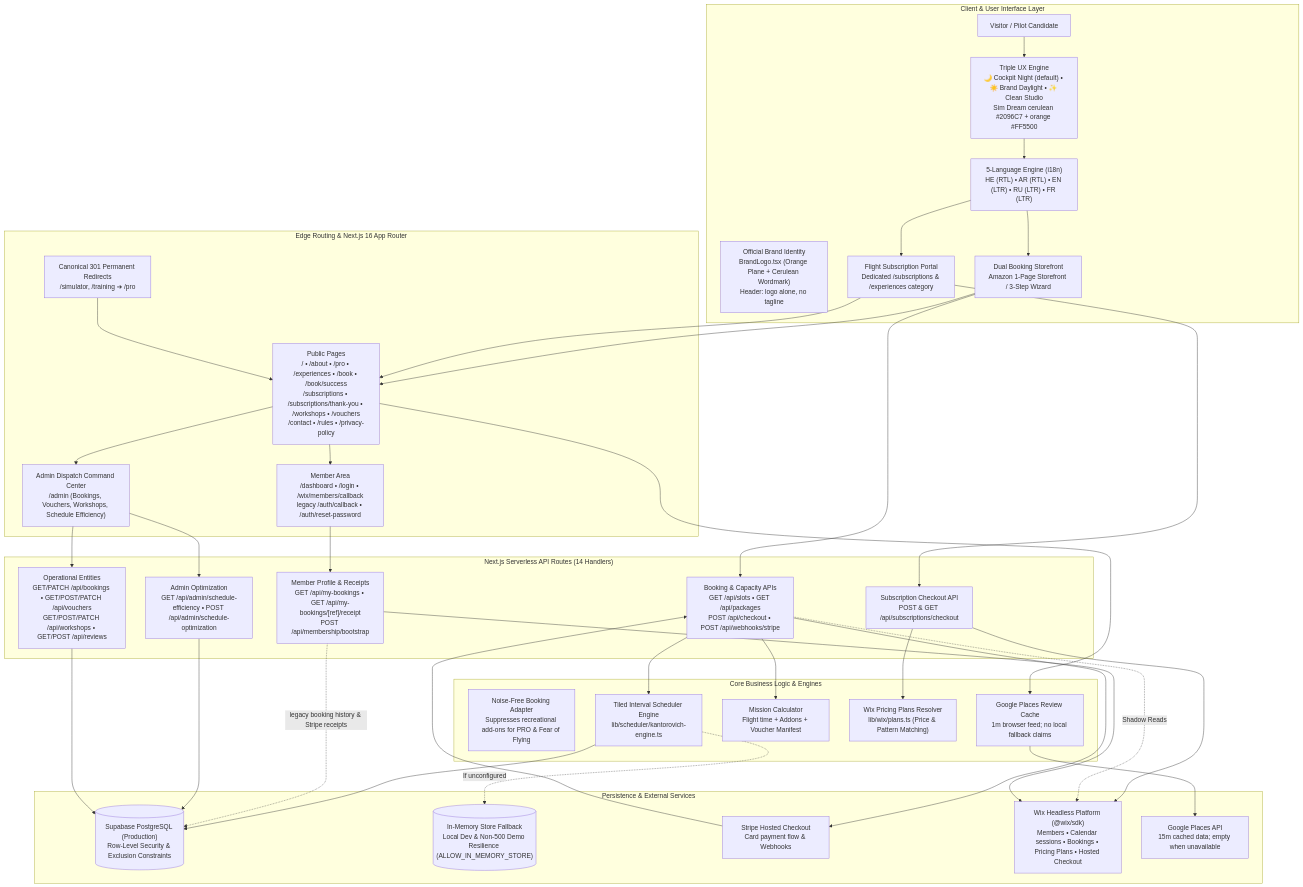
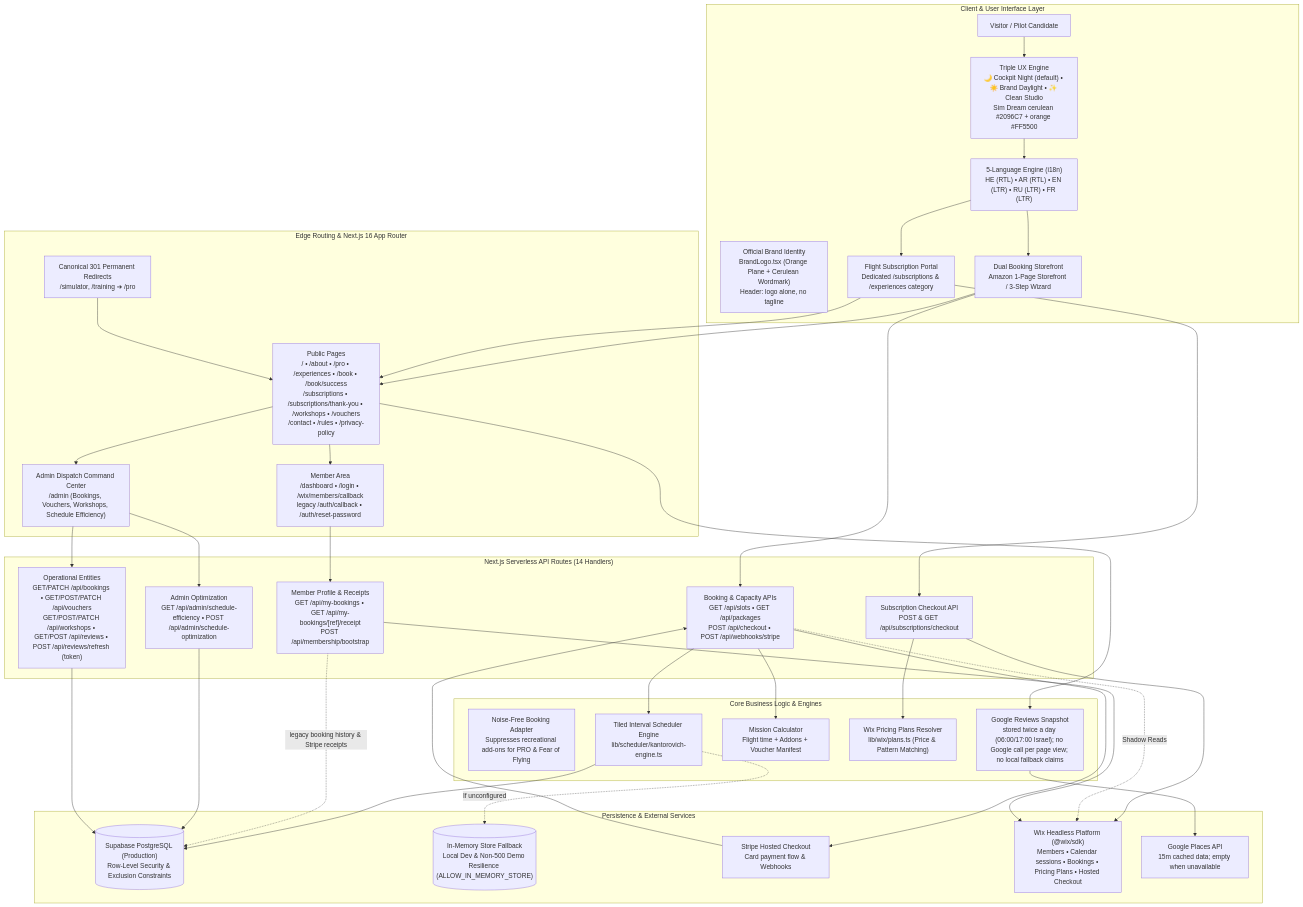
One commit to hatan4ik/simdream-website changed the first of 7 diagrams in ARCHITECTURE.md. Above: the diagram before and after it, drawn with Mermaid. The commit also changed 35 other files, not shown here.

First line of the commit message:
feat(reviews): header-only, newest-first Google reviews from a twice-daily snapshot (#86)

````diff
--- a/ARCHITECTURE.md
+++ b/ARCHITECTURE.md
@@ -9,71 +9,71 @@
 ```mermaid
 flowchart TD
     subgraph ClientLayer["Client & User Interface Layer"]
         User["Visitor / Pilot Candidate"]
         BrandLogoSystem["Official Brand Identity<br/>BrandLogo.tsx (Orange Plane + Cerulean Wordmark)<br/>Header: logo alone, no tagline"]
         ThemeEngine["Triple UX Engine<br/>🌙 Cockpit Night (default) • ☀️ Brand Daylight • ✨ Clean Studio<br/>Sim Dream cerulean #2096C7 + orange #FF5500"]
         I18nEngine["5-Language Engine (i18n)<br/>HE (RTL) • AR (RTL) • EN (LTR) • RU (LTR) • FR (LTR)"]
         StorefrontUI["Dual Booking Storefront<br/>Amazon 1-Page Storefront / 3-Step Wizard"]
         SubPortalUI["Flight Subscription Portal<br/>Dedicated /subscriptions & /experiences category"]
     end
 
     subgraph RoutingLayer["Edge Routing & Next.js 16 App Router"]
         CanonicalRedirects["Canonical 301 Permanent Redirects<br/>/simulator, /training ➔ /pro"]
         PublicPages["Public Pages<br/>/ • /about • /pro • /experiences • /book • /book/success<br/>/subscriptions • /subscriptions/thank-you • /workshops • /vouchers<br/>/contact • /rules • /privacy-policy"]
         MemberPages["Member Area<br/>/dashboard • /login • /wix/members/callback<br/>legacy /auth/callback • /auth/reset-password"]
         AdminPages["Admin Dispatch Command Center<br/>/admin (Bookings, Vouchers, Workshops, Schedule Efficiency)"]
     end
 
     subgraph BusinessLogic["Core Business Logic & Engines"]
         NoiseFreeAdapter["Noise-Free Booking Adapter<br/>Suppresses recreational add-ons for PRO & Fear of Flying"]
         KantorovichEngine["Tiled Interval Scheduler Engine<br/>lib/scheduler/kantorovich-engine.ts"]
         MissionCalc["Mission Calculator<br/>Flight time + Addons + Voucher Manifest"]
         WixPlansResolver["Wix Pricing Plans Resolver<br/>lib/wix/plans.ts (Price & Pattern Matching)"]
-        ReviewsCache["Google Places Review Cache<br/>1m browser feed; no local fallback claims"]
+        ReviewsCache["Google Reviews Snapshot<br/>stored twice a day (06:00/17:00 Israel); no Google call per page view; no local fallback claims"]
     end
 
     subgraph APILayer["Next.js Serverless API Routes (14 Handlers)"]
         BookingAPIs["Booking & Capacity APIs<br/>GET /api/slots • GET /api/packages<br/>POST /api/checkout • POST /api/webhooks/stripe"]
         SubscriptionAPIs["Subscription Checkout API<br/>POST & GET /api/subscriptions/checkout"]
         MemberAPIs["Member Profile & Receipts<br/>GET /api/my-bookings • GET /api/my-bookings/[ref]/receipt<br/>POST /api/membership/bootstrap"]
-        OperationsAPIs["Operational Entities<br/>GET/PATCH /api/bookings • GET/POST/PATCH /api/vouchers<br/>GET/POST/PATCH /api/workshops • GET/POST /api/reviews"]
+        OperationsAPIs["Operational Entities<br/>GET/PATCH /api/bookings • GET/POST/PATCH /api/vouchers<br/>GET/POST/PATCH /api/workshops • GET/POST /api/reviews • POST /api/reviews/refresh (token)"]
         AdminAPIs["Admin Optimization<br/>GET /api/admin/schedule-efficiency • POST /api/admin/schedule-optimization"]
     end
 
     subgraph PersistenceLayer["Persistence & External Services"]
         SupabaseDB[("Supabase PostgreSQL (Production)<br/>Row-Level Security & Exclusion Constraints")]
         InMemoryFallback[("In-Memory Store Fallback<br/>Local Dev & Non-500 Demo Resilience (ALLOW_IN_MEMORY_STORE)")]
         StripeService["Stripe Hosted Checkout<br/>Card payment flow & Webhooks"]
         WixHeadless["Wix Headless Platform (@wix/sdk)<br/>Members • Calendar sessions • Bookings • Pricing Plans • Hosted Checkout"]
         GooglePlaces["Google Places API<br/>15m cached data; empty when unavailable"]
     end
 
     User --> ThemeEngine --> I18nEngine
     I18nEngine --> StorefrontUI
     I18nEngine --> SubPortalUI
 
     StorefrontUI --> PublicPages
     SubPortalUI --> PublicPages
     CanonicalRedirects --> PublicPages
     PublicPages --> MemberPages
     PublicPages --> AdminPages
 
     StorefrontUI --> BookingAPIs
     SubPortalUI --> SubscriptionAPIs
 
     BookingAPIs --> KantorovichEngine
     BookingAPIs --> MissionCalc
     SubscriptionAPIs --> WixPlansResolver
     PublicPages --> ReviewsCache --> GooglePlaces
 
     KantorovichEngine --> SupabaseDB
     KantorovichEngine -.->|If unconfigured| InMemoryFallback
     BookingAPIs --> StripeService
     StripeService --> BookingAPIs
     SubscriptionAPIs --> WixHeadless
     BookingAPIs -.->|Shadow Reads| WixHeadless
     MemberPages --> MemberAPIs --> WixHeadless
     MemberAPIs -.->|legacy booking history & Stripe receipts| SupabaseDB
     AdminPages --> AdminAPIs --> SupabaseDB
     AdminPages --> OperationsAPIs --> SupabaseDB
 ```
````
